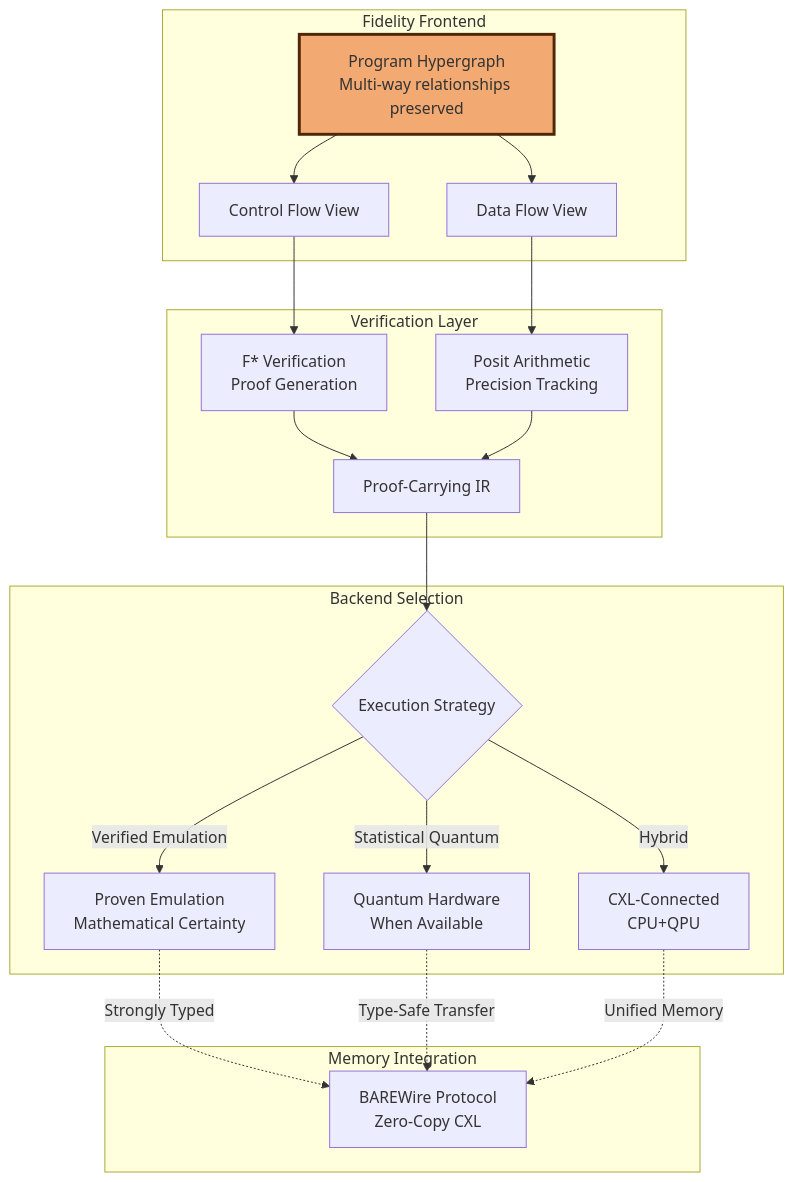
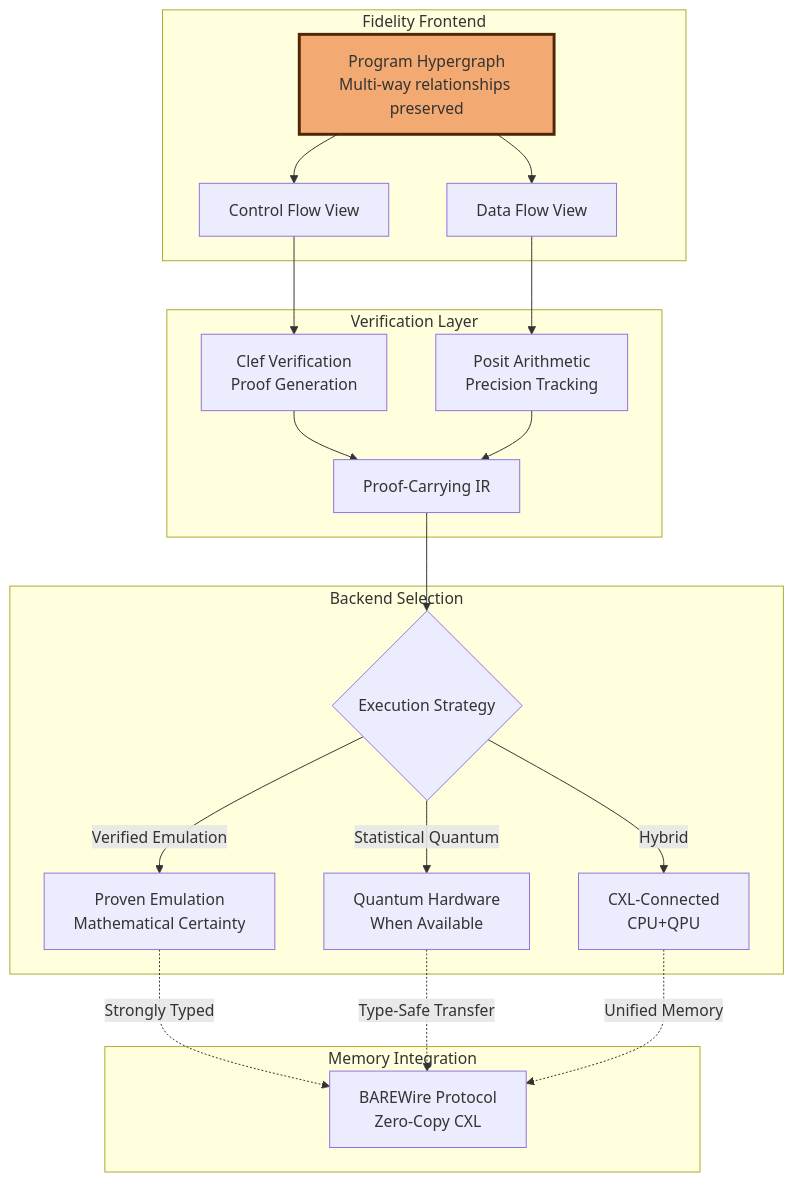
One commit to FidelityFramework/clef-lang-site changed the diagram in hugo/content/blog/quantum-optionality.md. Above: the diagram before and after it, drawn with Mermaid. The commit also changed other lines of this file, not shown here.

````diff
--- a/hugo/content/blog/quantum-optionality.md
+++ b/hugo/content/blog/quantum-optionality.md
@@ -158,33 +158,33 @@
 ```mermaid
 flowchart TD
 subgraph "Fidelity Frontend"
 PHG[Program Hypergraph<br/>Multi-way relationships preserved]
 CFG[Control Flow View]
 DFG[Data Flow View]
 PHG --> CFG
 PHG --> DFG
 end
 subgraph "Verification Layer"
-    CFG --> FSTAR[F* Verification<br/>Proof Generation]
+    CFG --> CLEF[Clef Verification<br/>Proof Generation]
     DFG --> POSIT[Posit Arithmetic<br/>Precision Tracking]
-    FSTAR --> PROOF[Proof-Carrying IR]
+    CLEF --> PROOF[Proof-Carrying IR]
     POSIT --> PROOF
 end
 
 subgraph "Backend Selection"
     PROOF --> SPLIT{Execution Strategy}
 
     SPLIT -->|Verified Emulation| EMUL[Proven Emulation<br/>Mathematical Certainty]
     SPLIT -->|Statistical Quantum| QHARDWARE[Quantum Hardware<br/>When Available]
     SPLIT -->|Hybrid| MIXED[CXL-Connected<br/>CPU+QPU]
 end
 
 subgraph "Memory Integration"
     BARE[BAREWire Protocol<br/>Zero-Copy CXL]
     EMUL -.->|Strongly Typed| BARE
     QHARDWARE -.->|Type-Safe Transfer| BARE
     MIXED -.->|Unified Memory| BARE
 end
 
 style PHG fill:#f2aa72,stroke:#4f2607,stroke-width:3px
 ```
````
